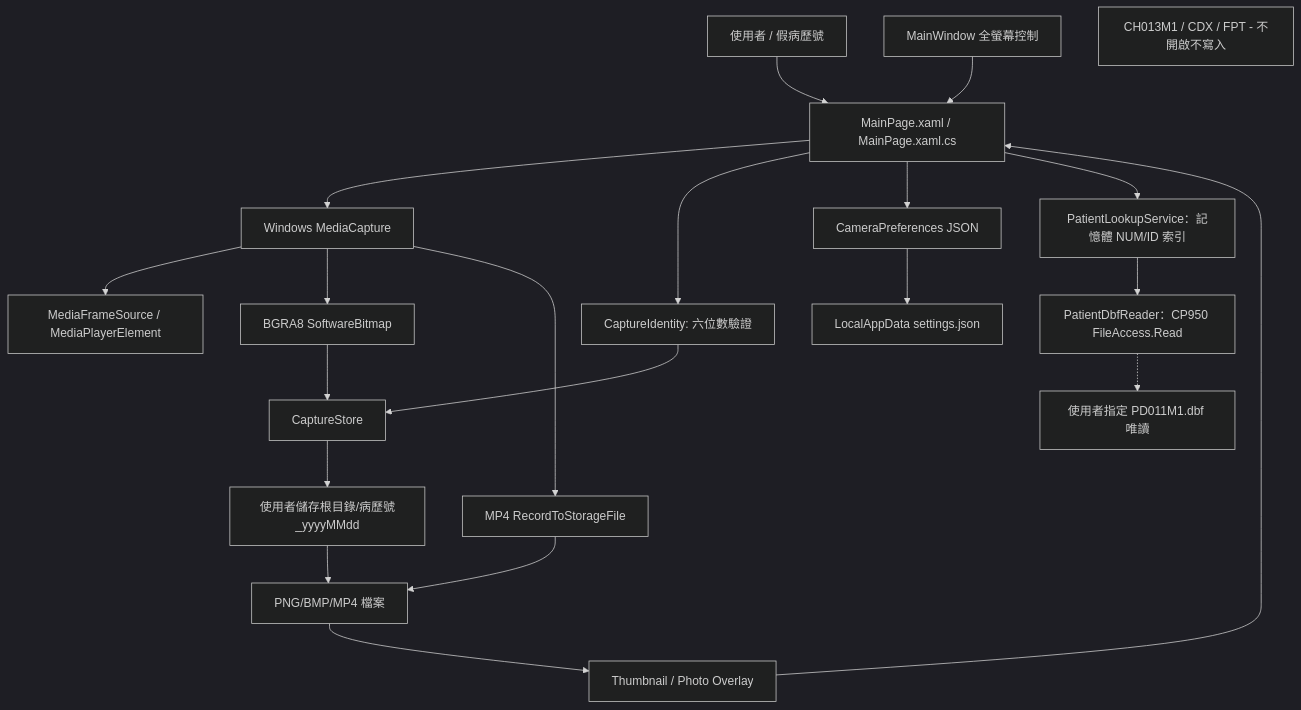
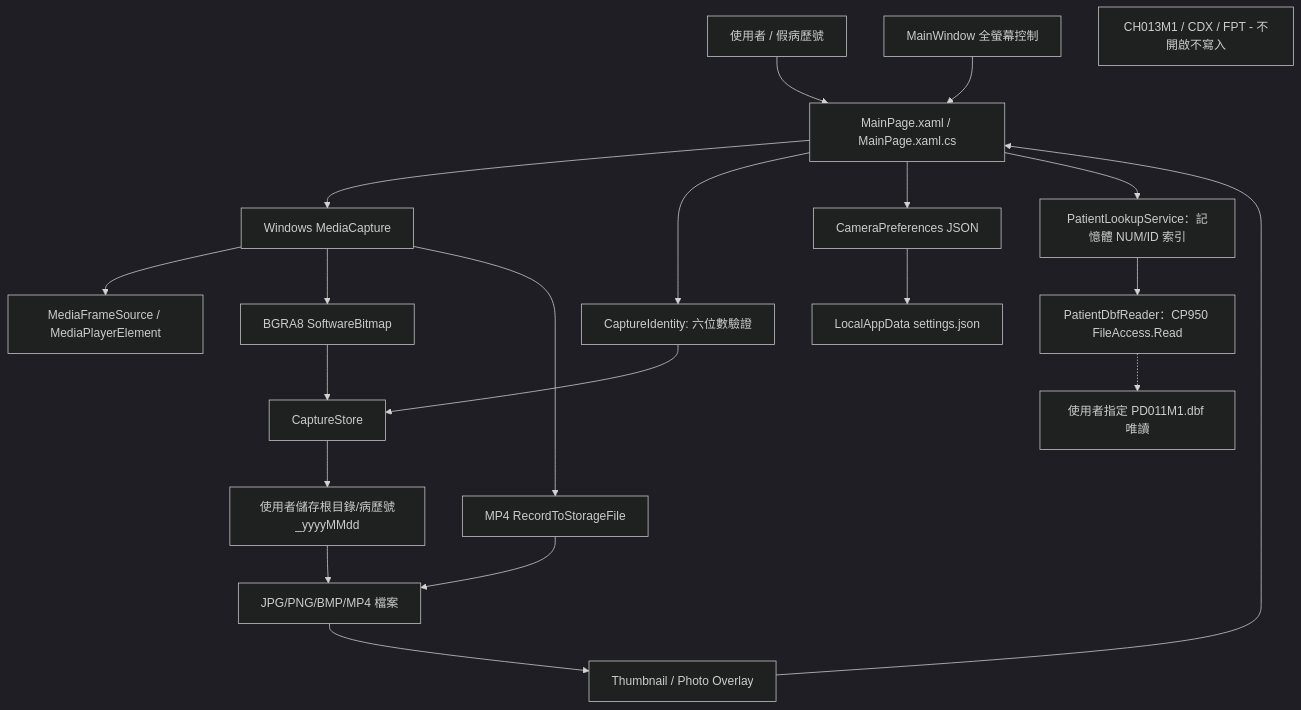
One commit to lemonicefate/clinic-camera-capture changed the first of 2 diagrams in ARCHITECTURE.md. Above: the diagram before and after it, drawn with Mermaid (dark theme). The commit also changed other lines of this file and 12 other files, not shown here.

````diff
--- a/ARCHITECTURE.md
+++ b/ARCHITECTURE.md
@@ -9,23 +9,23 @@
 ```mermaid
 flowchart TD
     User[使用者 / 假病歷號] --> UI[MainPage.xaml / MainPage.xaml.cs]
     Window[MainWindow 全螢幕控制] --> UI
     UI --> Camera[Windows MediaCapture]
     Camera --> Preview[MediaFrameSource / MediaPlayerElement]
     Camera --> Bitmap[BGRA8 SoftwareBitmap]
     Bitmap --> Store[CaptureStore]
     UI --> Identity[CaptureIdentity: 六位數驗證]
     Identity --> Store
     Store --> Folder[使用者儲存根目錄/病歷號_yyyyMMdd]
-    Folder --> Local[PNG/BMP/MP4 檔案]
+    Folder --> Local[JPG/PNG/BMP/MP4 檔案]
     Camera --> Video[MP4 RecordToStorageFile]
     Video --> Local
     UI --> Prefs[CameraPreferences JSON]
     Prefs --> Settings[LocalAppData settings.json]
     Local --> Viewer[Thumbnail / Photo Overlay]
     Viewer --> UI
     UI --> Lookup[PatientLookupService：記憶體 NUM/ID 索引]
     Lookup --> DbfReader[PatientDbfReader：CP950 FileAccess.Read]
     DbfReader -.-> PatientDbf[使用者指定 PD011M1.dbf 唯讀]
     HIS[CH013M1 / CDX / FPT - 不開啟不寫入]
 ```
````
